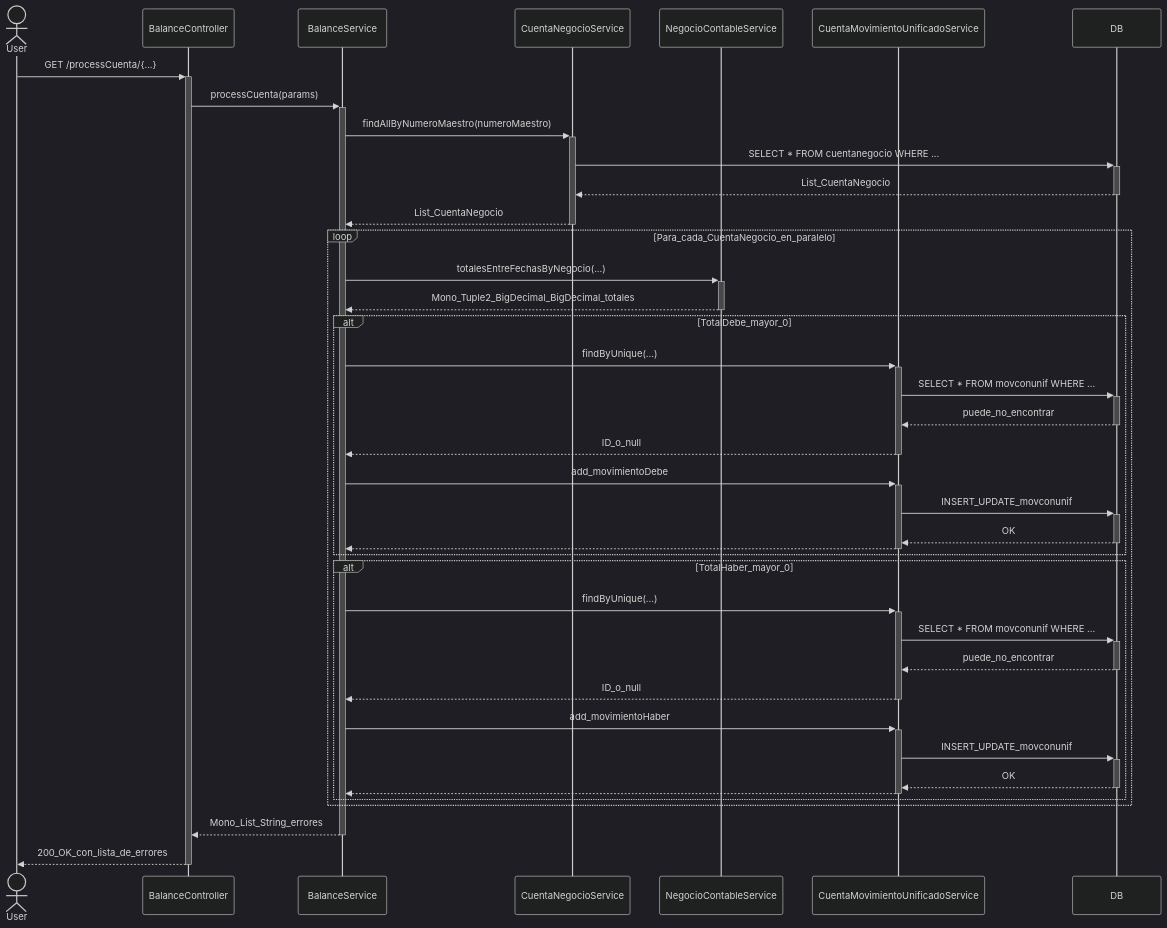
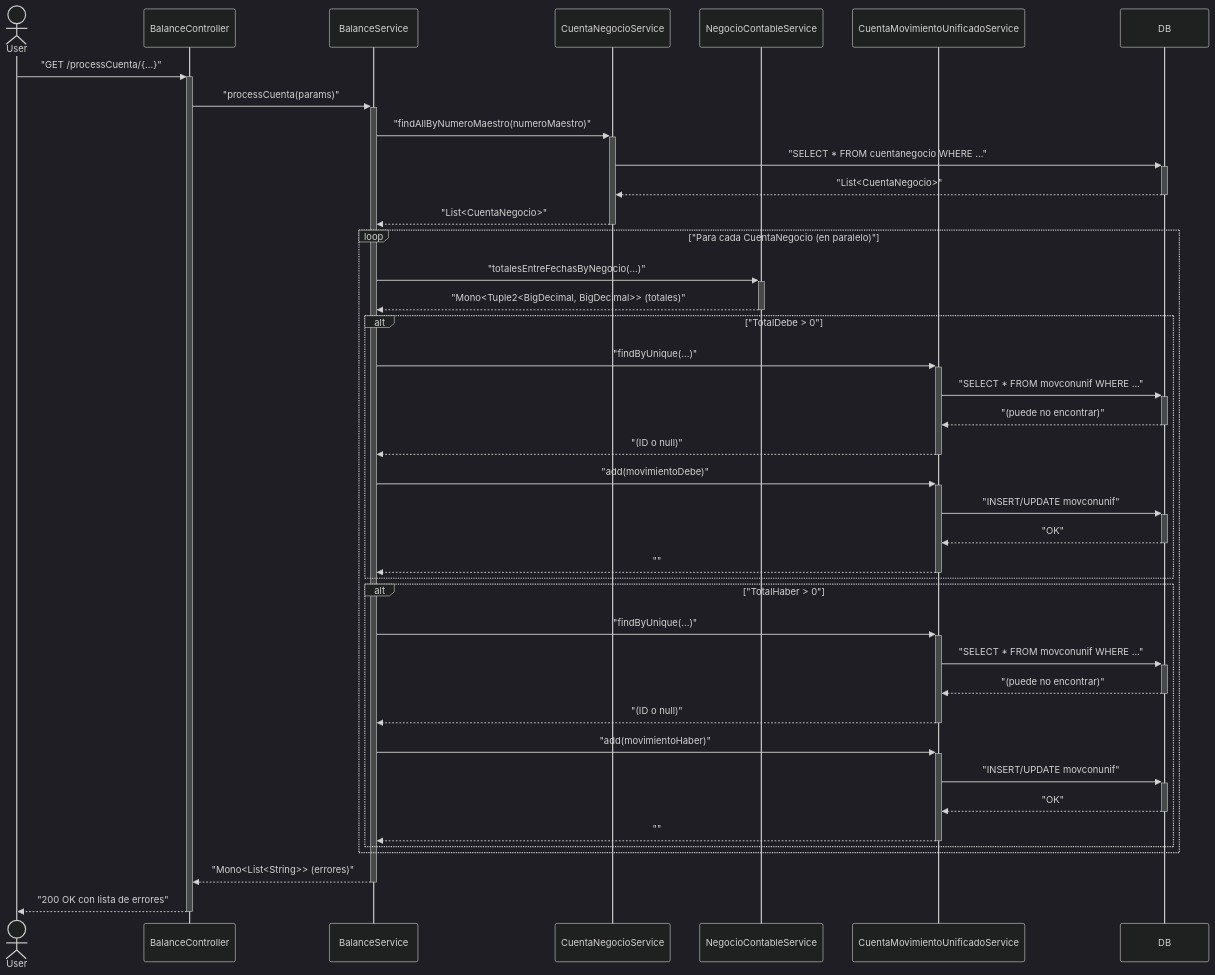
The diagram in docs/diagrams/mermaid/balance-sequence-diagram.mmd (ETEREA-services/UNIFICADO.core-service), drawn with Mermaid (dark theme) before and after one commit. The commit also changed 2 other files, not shown here.

Commit message:
fix(docs): ajustes manuales en sintaxis Mermaid para compatibilidad con GitHub Pages

```diff
--- a/docs/diagrams/mermaid/balance-sequence-diagram.mmd
+++ b/docs/diagrams/mermaid/balance-sequence-diagram.mmd
@@ -1,48 +1,48 @@
 sequenceDiagram
     actor User
     participant BalanceController
     participant BalanceService
     participant CuentaNegocioService
     participant NegocioContableService
     participant CuentaMovimientoUnificadoService
     participant DB
 
-    User->>+BalanceController: GET /processCuenta/{...}
-    BalanceController->>+BalanceService: processCuenta(params)
+    User->>+BalanceController: "GET /processCuenta/{...}"
+    BalanceController->>+BalanceService: "processCuenta(params)"
     
-    BalanceService->>+CuentaNegocioService: findAllByNumeroMaestro(numeroMaestro)
-    CuentaNegocioService->>+DB: SELECT * FROM cuentanegocio WHERE ...
-    DB-->>-CuentaNegocioService: List_CuentaNegocio
-    CuentaNegocioService-->>-BalanceService: List_CuentaNegocio
+    BalanceService->>+CuentaNegocioService: "findAllByNumeroMaestro(numeroMaestro)"
+    CuentaNegocioService->>+DB: "SELECT * FROM cuentanegocio WHERE ..."
+    DB-->>-CuentaNegocioService: "List<CuentaNegocio>"
+    CuentaNegocioService-->>-BalanceService: "List<CuentaNegocio>"
 
-    loop Para_cada_CuentaNegocio_en_paralelo
-        BalanceService->>+NegocioContableService: totalesEntreFechasByNegocio(...)
-        NegocioContableService-->>-BalanceService: Mono_Tuple2_BigDecimal_BigDecimal_totales
+    loop "Para cada CuentaNegocio (en paralelo)"
+        BalanceService->>+NegocioContableService: "totalesEntreFechasByNegocio(...)"
+        NegocioContableService-->>-BalanceService: "Mono<Tuple2<BigDecimal, BigDecimal>> (totales)"
         
-        alt TotalDebe_mayor_0
-            BalanceService->>+CuentaMovimientoUnificadoService: findByUnique(...)
-            CuentaMovimientoUnificadoService->>+DB: SELECT * FROM movconunif WHERE ...
-            DB-->>-CuentaMovimientoUnificadoService: puede_no_encontrar
-            CuentaMovimientoUnificadoService-->>-BalanceService: ID_o_null
+        alt "TotalDebe > 0"
+            BalanceService->>+CuentaMovimientoUnificadoService: "findByUnique(...)"
+            CuentaMovimientoUnificadoService->>+DB: "SELECT * FROM movconunif WHERE ..."
+            DB-->>-CuentaMovimientoUnificadoService: "(puede no encontrar)"
+            CuentaMovimientoUnificadoService-->>-BalanceService: "(ID o null)"
             
-            BalanceService->>+CuentaMovimientoUnificadoService: add_movimientoDebe
-            CuentaMovimientoUnificadoService->>+DB: INSERT_UPDATE_movconunif
-            DB-->>-CuentaMovimientoUnificadoService: OK
-            CuentaMovimientoUnificadoService-->>-BalanceService: 
+            BalanceService->>+CuentaMovimientoUnificadoService: "add(movimientoDebe)"
+            CuentaMovimientoUnificadoService->>+DB: "INSERT/UPDATE movconunif"
+            DB-->>-CuentaMovimientoUnificadoService: "OK"
+            CuentaMovimientoUnificadoService-->>-BalanceService: ""
         end
 
-        alt TotalHaber_mayor_0
-            BalanceService->>+CuentaMovimientoUnificadoService: findByUnique(...)
-            CuentaMovimientoUnificadoService->>+DB: SELECT * FROM movconunif WHERE ...
-            DB-->>-CuentaMovimientoUnificadoService: puede_no_encontrar
-            CuentaMovimientoUnificadoService-->>-BalanceService: ID_o_null
+        alt "TotalHaber > 0"
+            BalanceService->>+CuentaMovimientoUnificadoService: "findByUnique(...)"
+            CuentaMovimientoUnificadoService->>+DB: "SELECT * FROM movconunif WHERE ..."
+            DB-->>-CuentaMovimientoUnificadoService: "(puede no encontrar)"
+            CuentaMovimientoUnificadoService-->>-BalanceService: "(ID o null)"
 
-            BalanceService->>+CuentaMovimientoUnificadoService: add_movimientoHaber
-            CuentaMovimientoUnificadoService->>+DB: INSERT_UPDATE_movconunif
-            DB-->>-CuentaMovimientoUnificadoService: OK
-            CuentaMovimientoUnificadoService-->>-BalanceService: 
+            BalanceService->>+CuentaMovimientoUnificadoService: "add(movimientoHaber)"
+            CuentaMovimientoUnificadoService->>+DB: "INSERT/UPDATE movconunif"
+            DB-->>-CuentaMovimientoUnificadoService: "OK"
+            CuentaMovimientoUnificadoService-->>-BalanceService: ""
         end
     end
 
-    BalanceService-->>-BalanceController: Mono_List_String_errores
-    BalanceController-->>-User: 200_OK_con_lista_de_errores
+    BalanceService-->>-BalanceController: "Mono<List<String>> (errores)"
+    BalanceController-->>-User: "200 OK con lista de errores"
```
